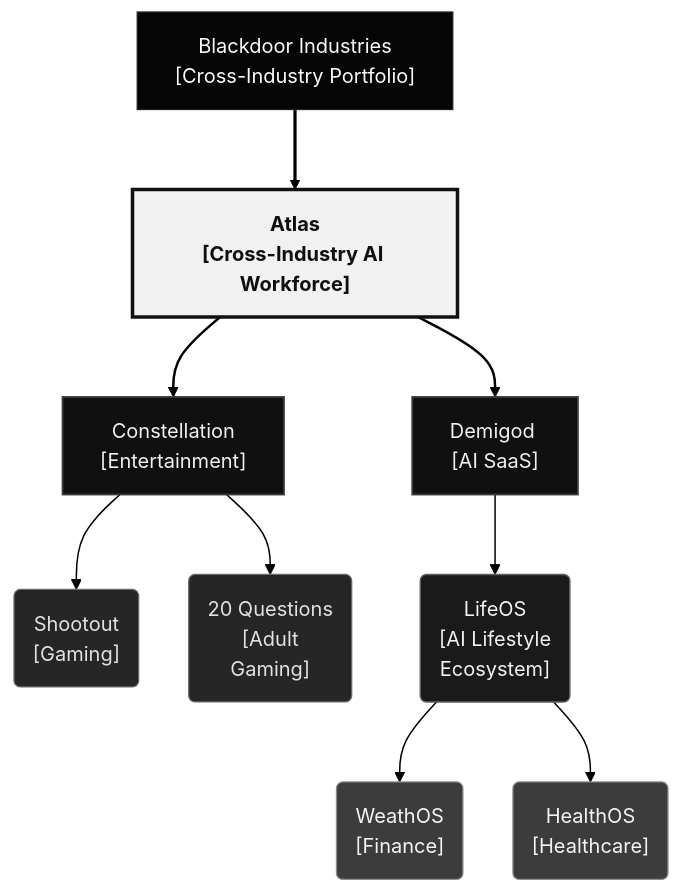
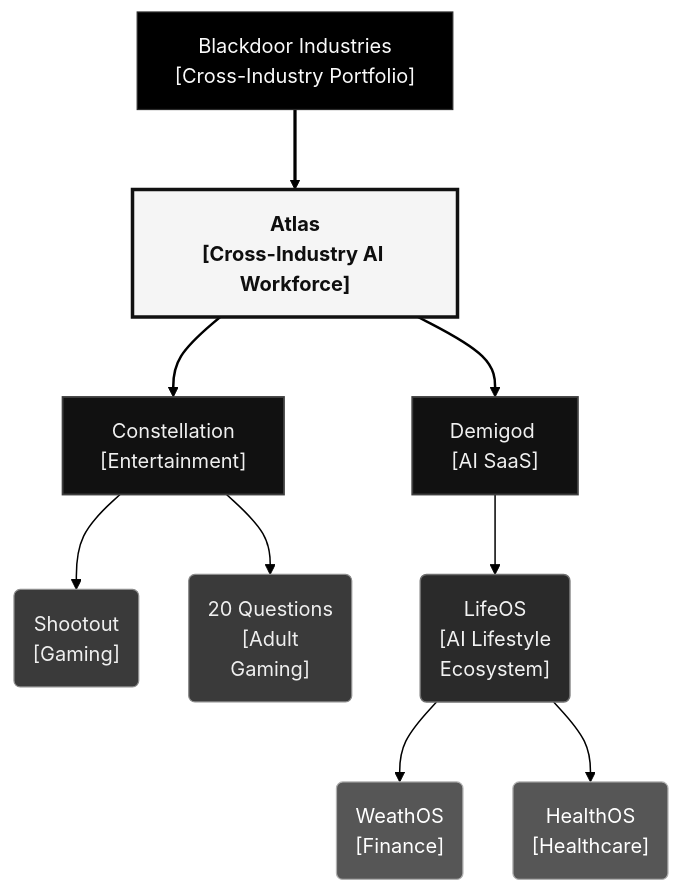
Before and after one commit to Blackdoor-Industries/.github: the first of 2 diagrams in profile/README.md, drawn with Mermaid. The commit also changed other lines of this file, not shown here.

````diff
--- a/profile/README.md
+++ b/profile/README.md
@@ -41,49 +41,49 @@
 ```mermaid
 %%{init: {
   "theme": "base",
   "flowchart": {
     "curve": "basis",
     "nodeSpacing": 40,
     "rankSpacing": 64
   },
   "themeVariables": {
     "fontFamily": "Helvetica, Arial, sans-serif",
     "lineColor": "#000000",
     "textColor": "#eaeaea",
     "primaryColor": "#181818",
     "primaryBorderColor": "#454545",
     "tertiaryColor": "#121212",
     "background": "#ffffff"
   }
 }}%%
 flowchart TB
     BD["Blackdoor Industries<br/>[Cross-Industry Portfolio]"]:::holding
     ATLAS["Atlas<br/>[Cross-Industry AI Workforce]"]:::atlas
     CONST["Constellation<br/>[Entertainment]"]:::subsidiary
     DEMI["Demigod&nbsp;<br/>[AI SaaS]"]:::subsidiary
     SHOOT("Shootout<br/>[Gaming]"):::product
     VN("20 Questions<br/>[Adult<br/>Gaming]"):::product
     LIFE("LifeOS<br/>[AI Lifestyle<br/>Ecosystem]"):::ecosystem
     WEATH("WeathOS<br/>[Finance]"):::module
     HEALTH("HealthOS<br/>[Healthcare]"):::module
 
     BD ==> ATLAS
     ATLAS ==> CONST
     ATLAS ==> DEMI
     CONST --> SHOOT
     CONST --> VN
     DEMI --> LIFE
     LIFE --> WEATH
     LIFE --> HEALTH
 
-    classDef holding fill:#050505,stroke:#202020,stroke-width:1px,color:#fafafa
-    classDef atlas fill:#f1f1f1,stroke:#111111,stroke-width:2.8px,color:#0f0f0f,font-weight:700
-    classDef subsidiary fill:#101010,stroke:#3a3a3a,stroke-width:1.5px,color:#f0f0f0
-    classDef ecosystem fill:#1a1a1a,stroke:#5f5f5f,stroke-width:1.2px,color:#f2f2f2
-    classDef product fill:#262626,stroke:#6a6a6a,stroke-width:1px,color:#e2e2e2
-    classDef module fill:#3c3c3c,stroke:#8c8c8c,stroke-width:1px,color:#f4f4f4
+    classDef holding fill:#000000,stroke:#2a2a2a,stroke-width:1px,color:#fafafa
+    classDef atlas fill:#f5f5f5,stroke:#111111,stroke-width:2.8px,color:#0f0f0f,font-weight:700
+    classDef subsidiary fill:#111111,stroke:#3f3f3f,stroke-width:1.5px,color:#f0f0f0
+    classDef ecosystem fill:#2a2a2a,stroke:#707070,stroke-width:1.2px,color:#f2f2f2
+    classDef product fill:#3a3a3a,stroke:#8d8d8d,stroke-width:1px,color:#efefef
+    classDef module fill:#565656,stroke:#b0b0b0,stroke-width:1px,color:#ffffff
 
     linkStyle 0 stroke:#000000,stroke-width:2.6px
     linkStyle 1,2 stroke:#000000,stroke-width:2px
     linkStyle 3,4,5,6,7 stroke:#000000,stroke-width:1.2px
 ```
````
